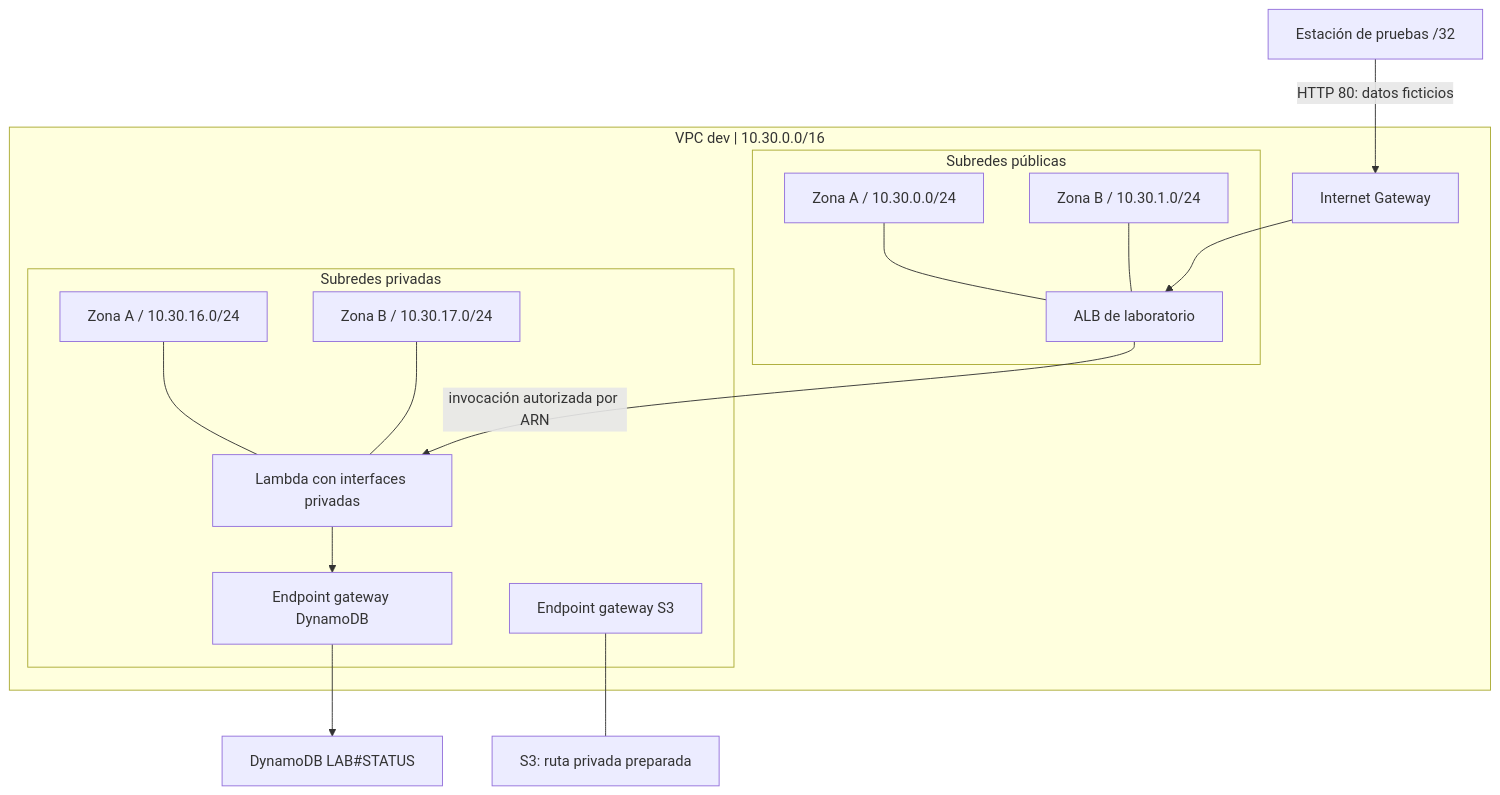
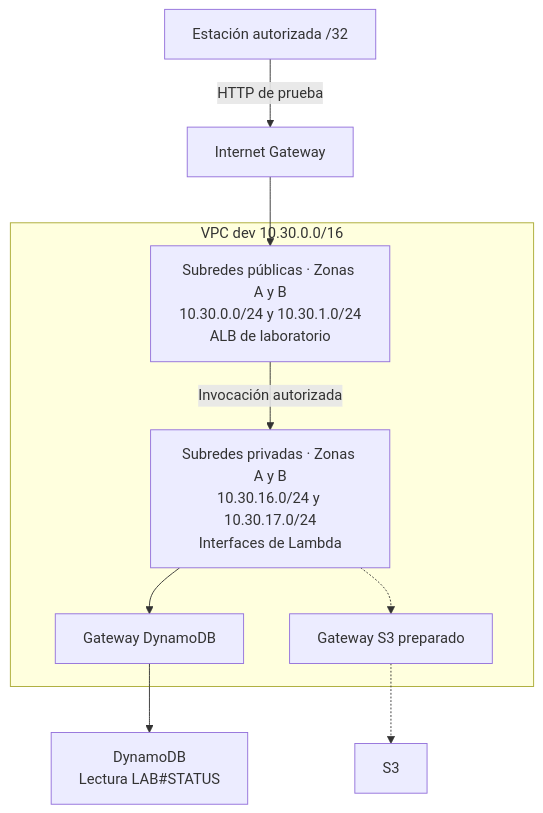
Before and after one commit to aisergio/MediPoli: the diagram in diagramas/u2/04-red.mmd, drawn with Mermaid. The commit also changed 64 other files, not shown here.

```diff
--- a/diagramas/u2/04-red.mmd
+++ b/diagramas/u2/04-red.mmd
@@ -1,23 +1,12 @@
 flowchart TB
-  T["Estación de pruebas /32"] -->|"HTTP 80: datos ficticios"| I["Internet Gateway"]
-  subgraph VPC["VPC dev | 10.30.0.0/16"]
-    subgraph PUBLIC["Subredes públicas"]
-      P1["Zona A / 10.30.0.0/24"]
-      P2["Zona B / 10.30.1.0/24"]
-      LB["ALB de laboratorio"]
-      P1 & P2 --- LB
-    end
-    subgraph PRIVATE["Subredes privadas"]
-      F1["Zona A / 10.30.16.0/24"]
-      F2["Zona B / 10.30.17.0/24"]
-      L["Lambda con interfaces privadas"]
-      E["Endpoint gateway DynamoDB"]
-      ES["Endpoint gateway S3"]
-      F1 & F2 --- L
-      L --> E
-    end
-    I --> LB
-    LB -->|"invocación autorizada por ARN"| L
+  T["Estación autorizada /32"] -->|"HTTP de prueba"| I["Internet Gateway"]
+  subgraph VPC["VPC dev 10.30.0.0/16"]
+    LB["Subredes públicas · Zonas A y B<br/>10.30.0.0/24 y 10.30.1.0/24<br/>ALB de laboratorio"]
+    L["Subredes privadas · Zonas A y B<br/>10.30.16.0/24 y 10.30.17.0/24<br/>Interfaces de Lambda"]
+    LB -->|"Invocación autorizada"| L
+    L --> E["Gateway DynamoDB"]
+    L -.-> ES["Gateway S3 preparado"]
   end
-  E --> D["DynamoDB LAB#STATUS"]
-  ES --- S["S3: ruta privada preparada"]
+  I --> LB
+  E --> D["DynamoDB<br/>Lectura LAB#STATUS"]
+  ES -.-> S["S3"]
```
